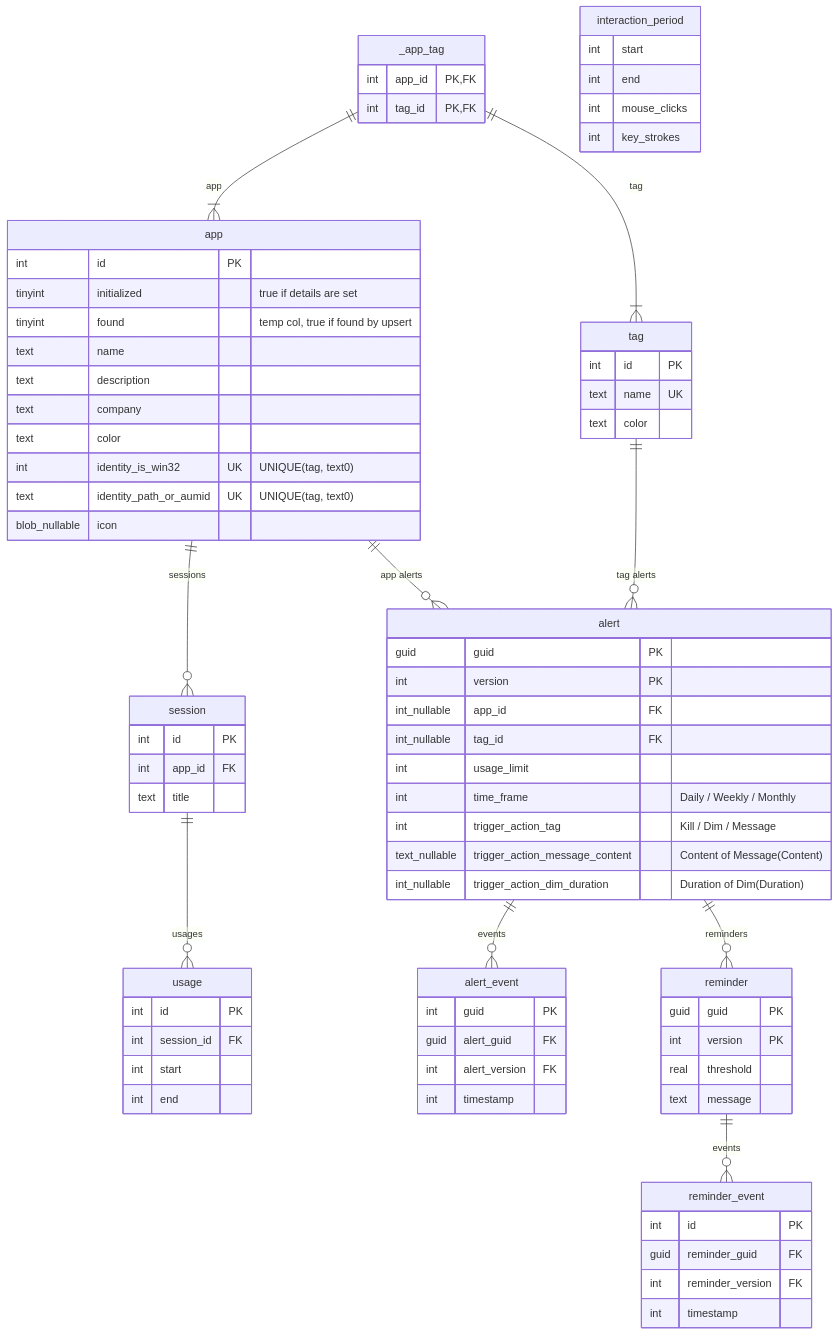
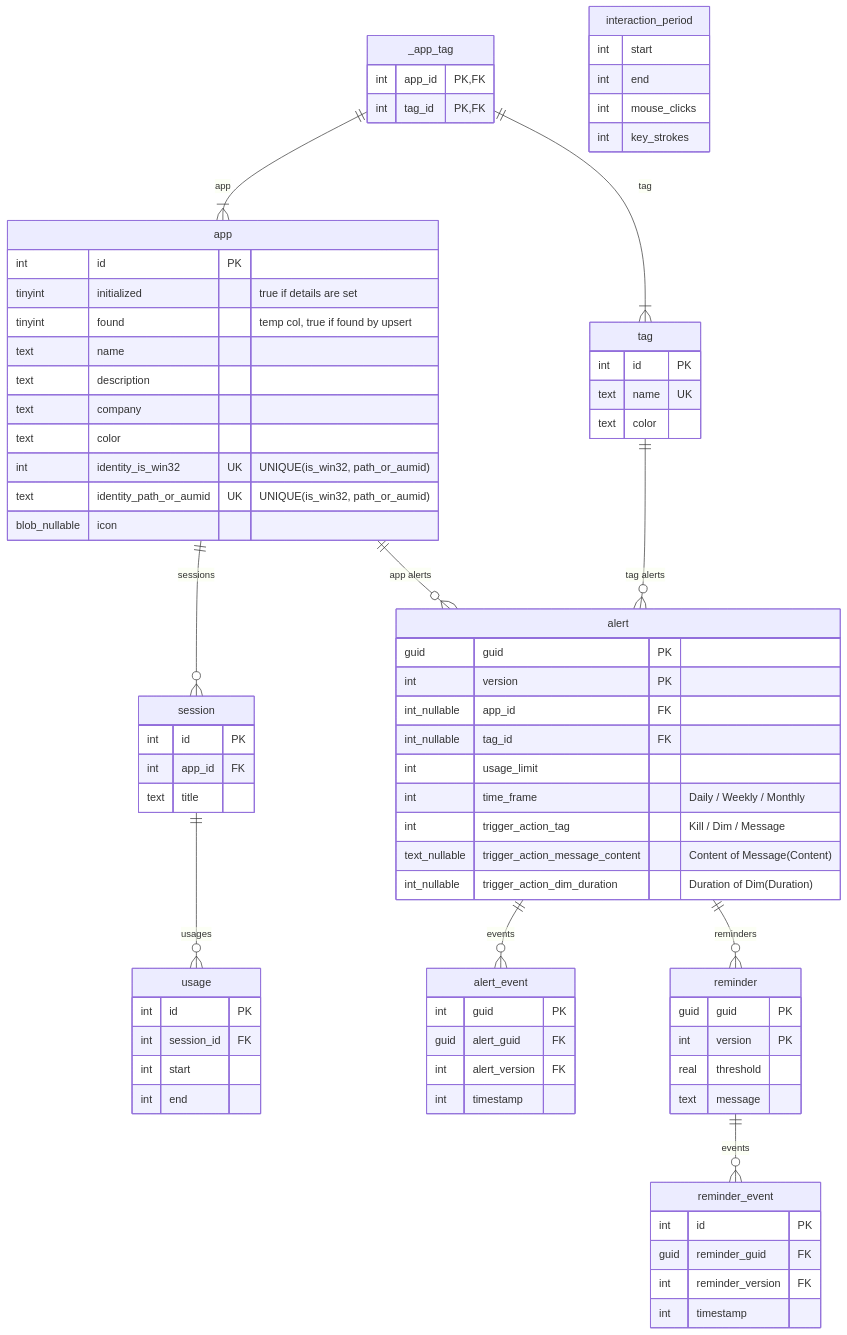
The diagram in ARCHITECTURE.md (Enigmatrix/Cobalt), drawn with Mermaid before and after one commit. The commit also changed other lines of this file, not shown here.

Commit message:
feat(docs): add skeletal info about architecture

```diff
--- a/ARCHITECTURE.md
+++ b/ARCHITECTURE.md
@@ -13,8 +13,8 @@
         text            description
         text            company
         text            color
-        int             identity_is_win32     UK "UNIQUE(tag, text0)"
-        text            identity_path_or_aumid   UK "UNIQUE(tag, text0)"
+        int             identity_is_win32     UK "UNIQUE(is_win32, path_or_aumid)"
+        text            identity_path_or_aumid   UK "UNIQUE(is_win32, path_or_aumid)"
         blob_nullable   icon
     }
 
```
